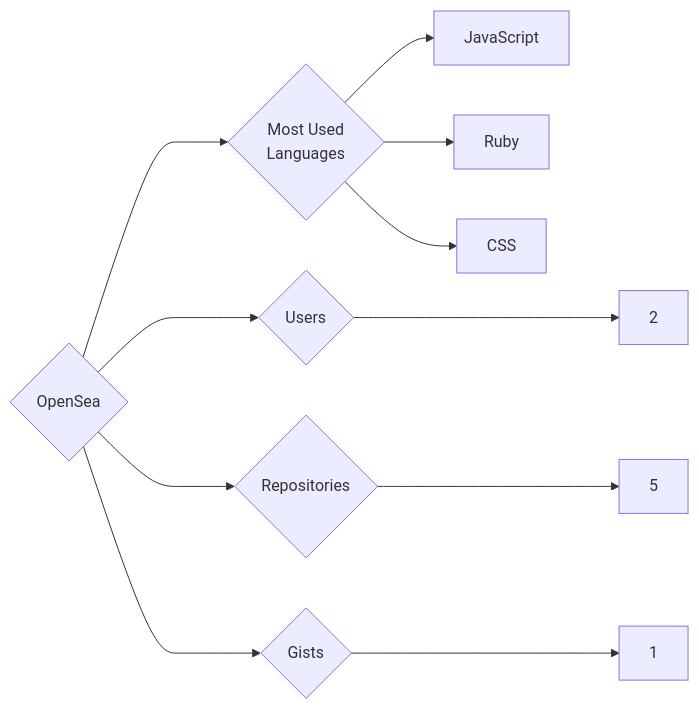
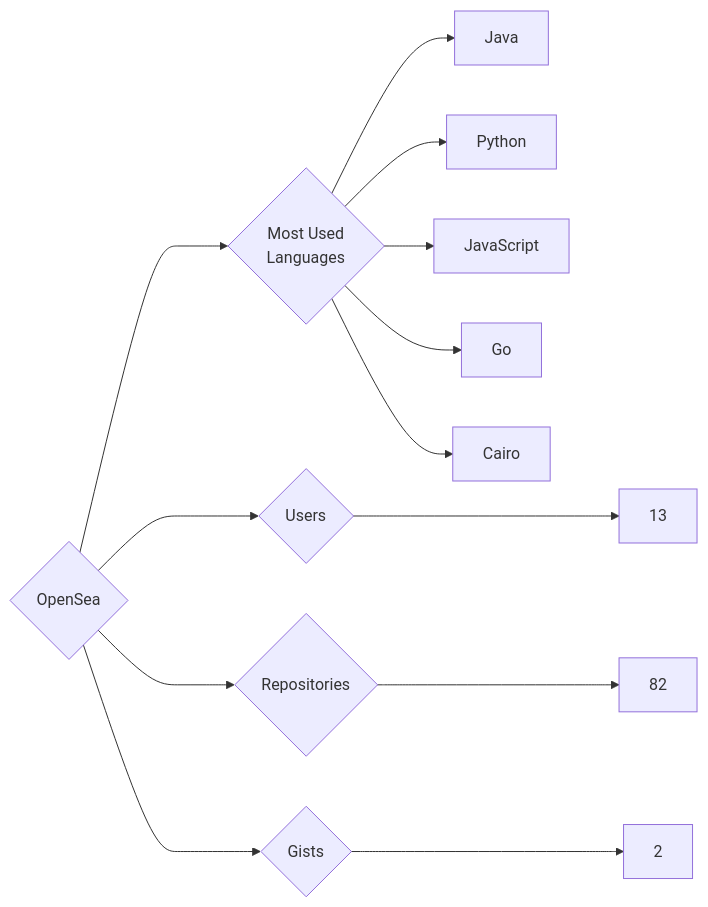
One commit to trickest/insiders changed the diagram in targets/OpenSea/README.md. Above: the diagram before and after it, drawn with Mermaid. The commit also changed 976 other files, not shown here.

````diff
--- a/targets/OpenSea/README.md
+++ b/targets/OpenSea/README.md
@@ -3,11 +3,13 @@
 ```mermaid
 graph LR
 COMPANY_NAME{OpenSea}
-COMPANY_NAME ---> U{Users} ---> UN[2]
-COMPANY_NAME ---> R{Repositories} ---> RN[5]
-COMPANY_NAME ---> G{Gists} ---> GN[1]
+COMPANY_NAME ---> U{Users} ---> UN[13]
+COMPANY_NAME ---> R{Repositories} ---> RN[82]
+COMPANY_NAME ---> G{Gists} ---> GN[2]
 COMPANY_NAME ---> ML{Most Used<br>Languages}
+ML --> Java[Java]
+ML --> Python[Python]
 ML --> JavaScript[JavaScript]
-ML --> Ruby[Ruby]
-ML --> CSS[CSS]
+ML --> Go[Go]
+ML --> Cairo[Cairo]
 ```
````
